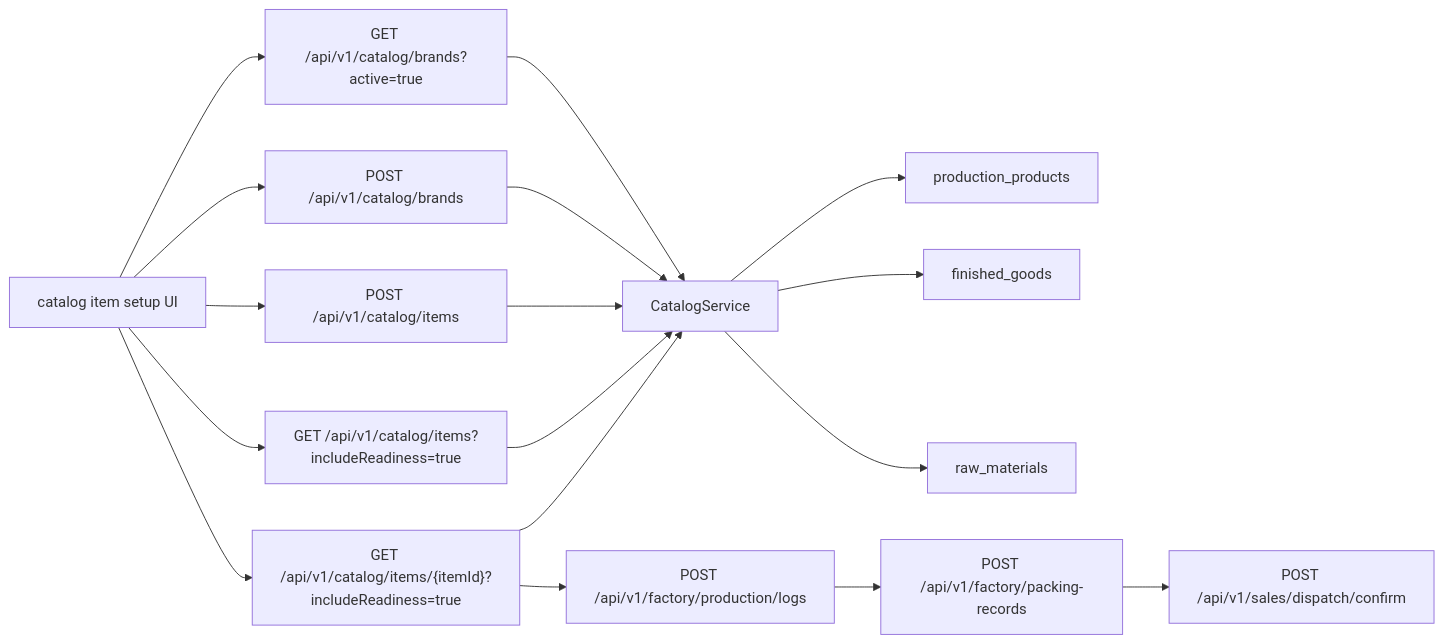
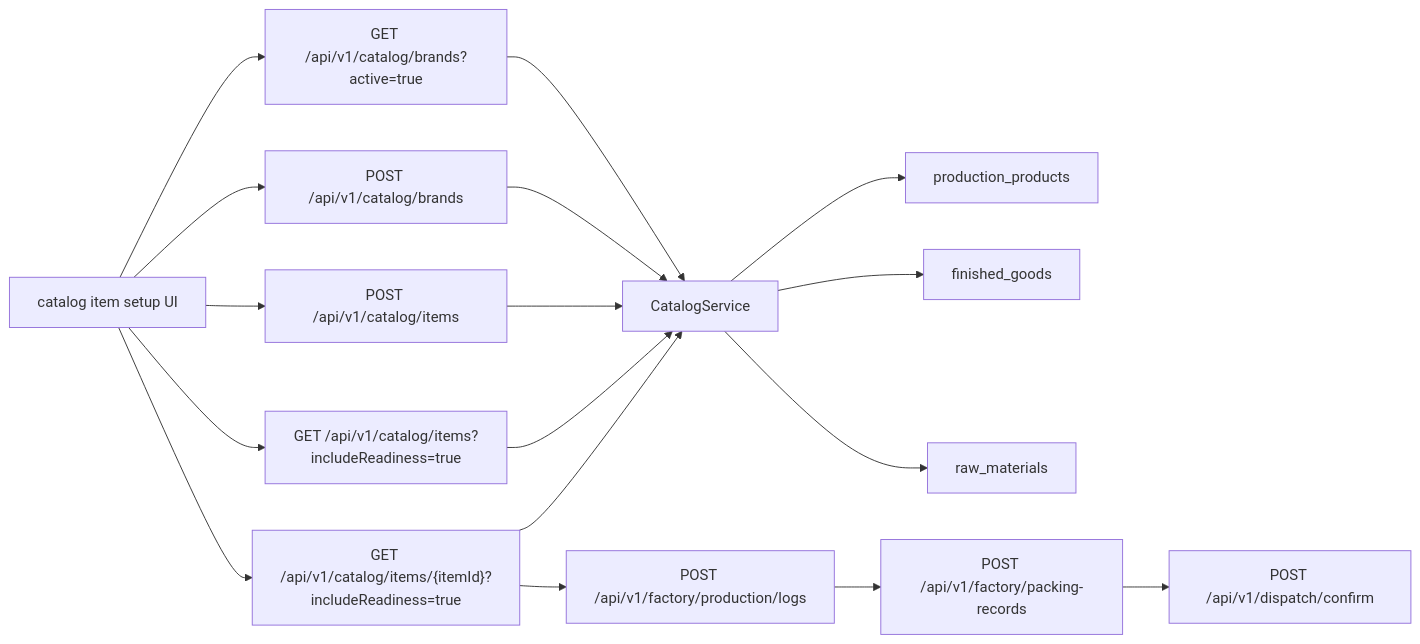
One commit to anasibnanwar-XYE/bigbrightpaints-erp changed the diagram in docs/developer/catalog-consolidation/README.md. Above: the diagram before and after it, drawn with Mermaid. The commit also changed other lines of this file and 53 other files, not shown here.

````diff
--- a/docs/developer/catalog-consolidation/README.md
+++ b/docs/developer/catalog-consolidation/README.md
@@ -51,21 +51,21 @@
 ```mermaid
 flowchart LR
     UI["catalog item setup UI"] --> BL["GET /api/v1/catalog/brands?active=true"]
     UI --> BC["POST /api/v1/catalog/brands"]
     UI --> CI["POST /api/v1/catalog/items"]
     UI --> RI["GET /api/v1/catalog/items?includeReadiness=true"]
     UI --> DI["GET /api/v1/catalog/items/{itemId}?includeReadiness=true"]
 
     BL --> CS["CatalogService"]
     BC --> CS
     CI --> CS
     RI --> CS
     DI --> CS
 
     CS --> PP["production_products"]
     CS --> FG["finished_goods"]
     CS --> RM["raw_materials"]
     DI --> PL["POST /api/v1/factory/production/logs"]
     PL --> PK["POST /api/v1/factory/packing-records"]
-    PK --> DC["POST /api/v1/sales/dispatch/confirm"]
+    PK --> DC["POST /api/v1/dispatch/confirm"]
 ```
````
